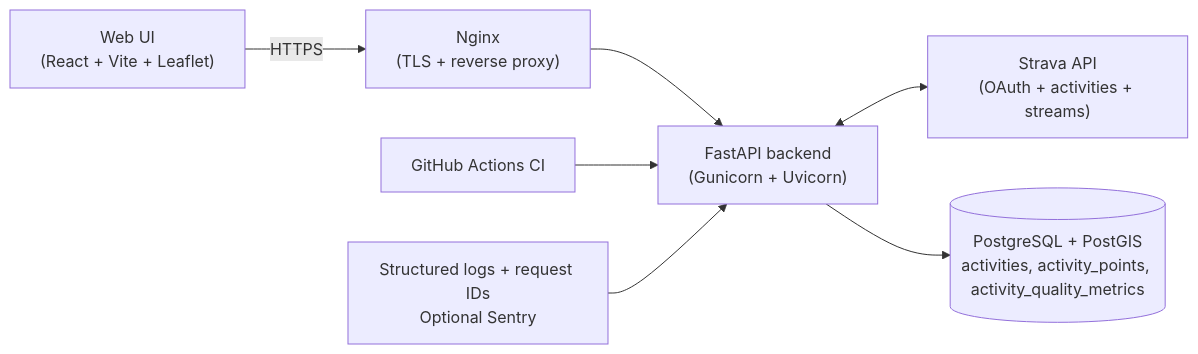
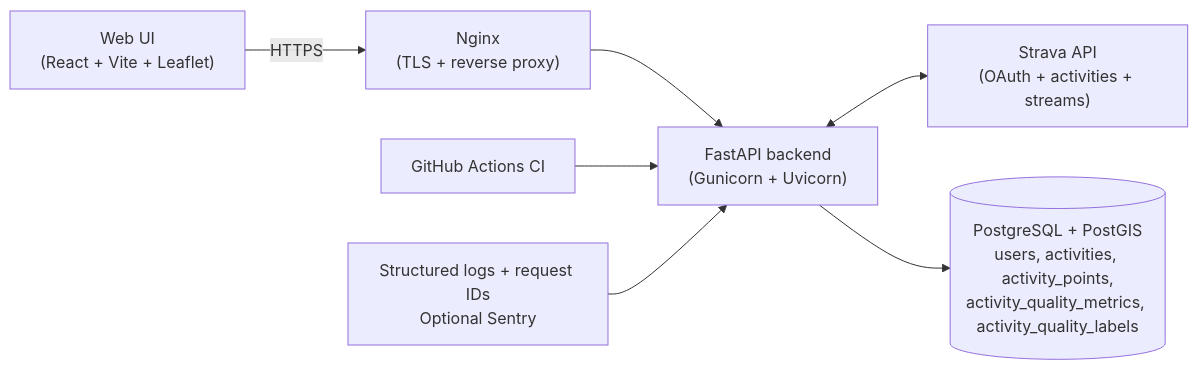
The first of 2 diagrams in README.md (Michal2404/strava-recording-quality), drawn with Mermaid before and after one commit. The commit also changed other lines of this file, not shown here.

````diff
--- a/README.md
+++ b/README.md
@@ -48,9 +57,9 @@
 ```mermaid
 flowchart LR
   UI["Web UI<br/>(React + Vite + Leaflet)"] -->|HTTPS| NGINX["Nginx<br/>(TLS + reverse proxy)"]
   NGINX --> API["FastAPI backend<br/>(Gunicorn + Uvicorn)"]
   API <--> STRAVA["Strava API<br/>(OAuth + activities + streams)"]
-  API --> DB[("PostgreSQL + PostGIS<br/>activities, activity_points, activity_quality_metrics")]
+  API --> DB[("PostgreSQL + PostGIS<br/>users, activities, activity_points,<br/>activity_quality_metrics, activity_quality_labels")]
   CI["GitHub Actions CI"] --> API
   OBS["Structured logs + request IDs<br/>Optional Sentry"] --> API
 ```
````
